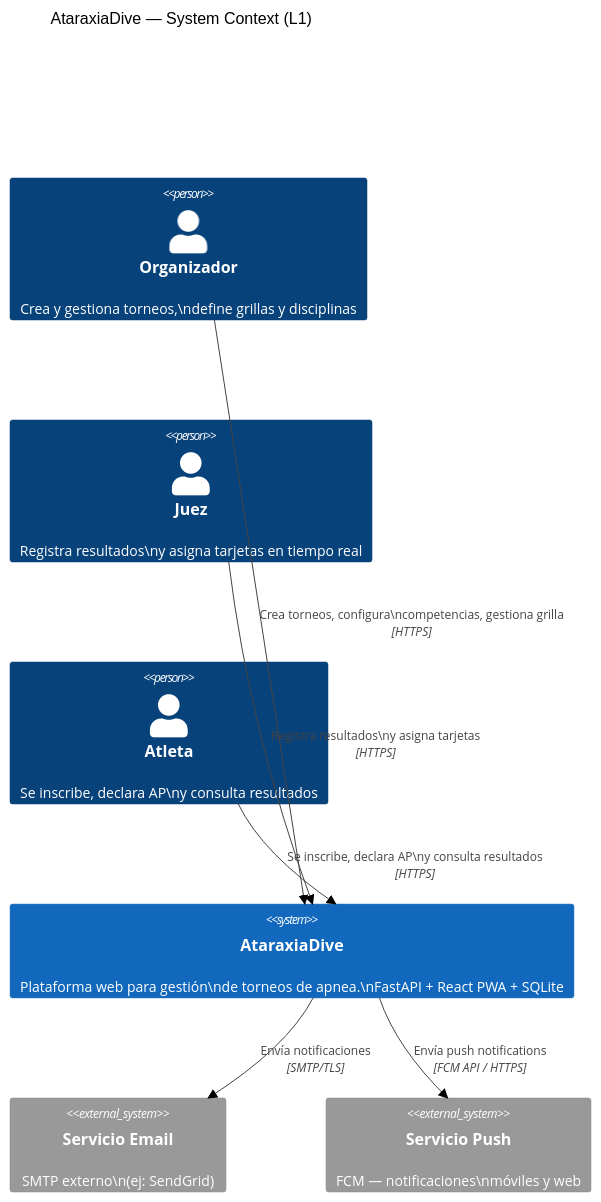
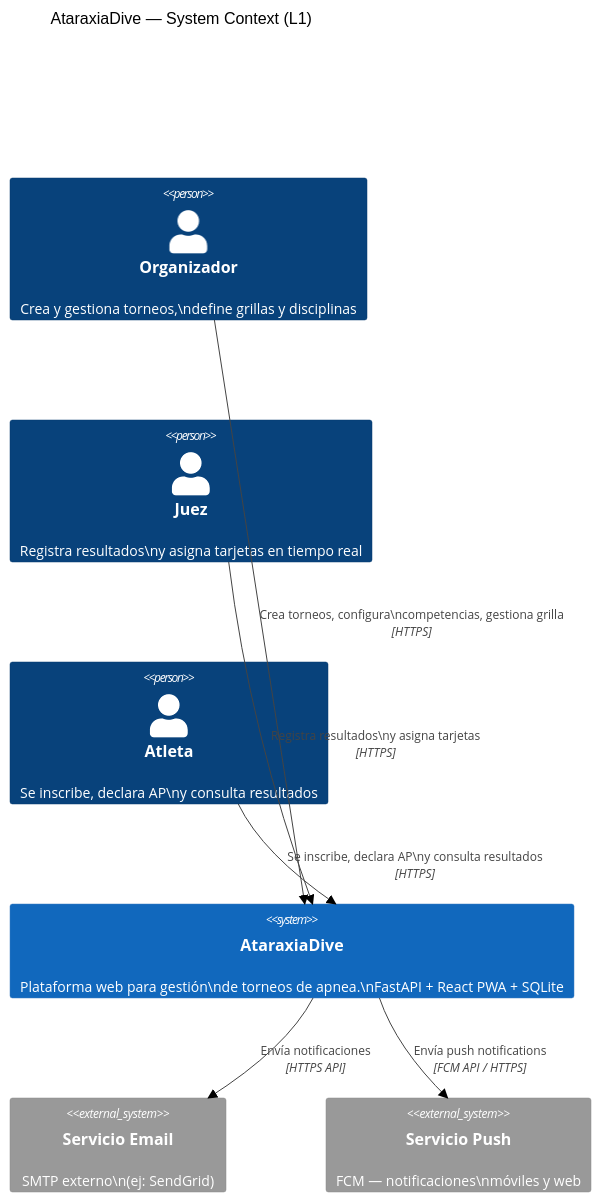
One commit to vvalotto/ataraxiadive changed the first of 5 diagrams in docs/design/architecture.md. Above: the diagram before and after it, drawn with Mermaid (neutral theme). The commit also changed other lines of this file and 16 other files, not shown here.

Commit message:
feat(notificaciones): implement US-4.5.2 email adapter

````diff
--- a/docs/design/architecture.md
+++ b/docs/design/architecture.md
@@ -18,21 +18,21 @@
 ```mermaid
 C4Context
     title AtaraxiaDive — System Context (L1)
 
     Person(organizador, "Organizador", "Crea y gestiona torneos,\ndefine grillas y disciplinas")
     Person(juez, "Juez", "Registra resultados\ny asigna tarjetas en tiempo real")
     Person(atleta, "Atleta", "Se inscribe, declara AP\ny consulta resultados")
 
     System(ataraxia, "AtaraxiaDive", "Plataforma web para gestión\nde torneos de apnea.\nFastAPI + React PWA + SQLite")
 
     System_Ext(email, "Servicio Email", "SMTP externo\n(ej: SendGrid)")
     System_Ext(push, "Servicio Push", "FCM — notificaciones\nmóviles y web")
 
     Rel(organizador, ataraxia, "Crea torneos, configura\ncompetencias, gestiona grilla", "HTTPS")
     Rel(juez, ataraxia, "Registra resultados\ny asigna tarjetas", "HTTPS")
     Rel(atleta, ataraxia, "Se inscribe, declara AP\ny consulta resultados", "HTTPS")
-    Rel(ataraxia, email, "Envía notificaciones", "SMTP/TLS")
+    Rel(ataraxia, email, "Envía notificaciones", "HTTPS API")
     Rel(ataraxia, push, "Envía push notifications", "FCM API / HTTPS")
 
     UpdateLayoutConfig($c4ShapeInRow="3", $c4BoundaryInRow="1")
 ```
````
